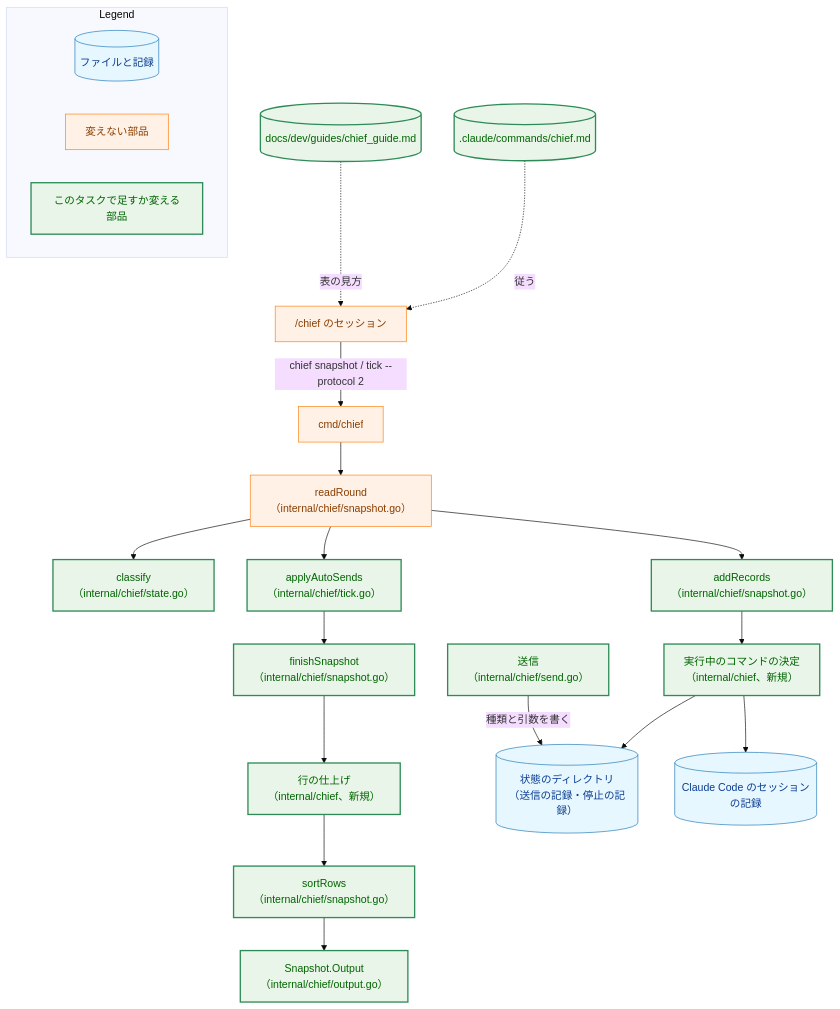
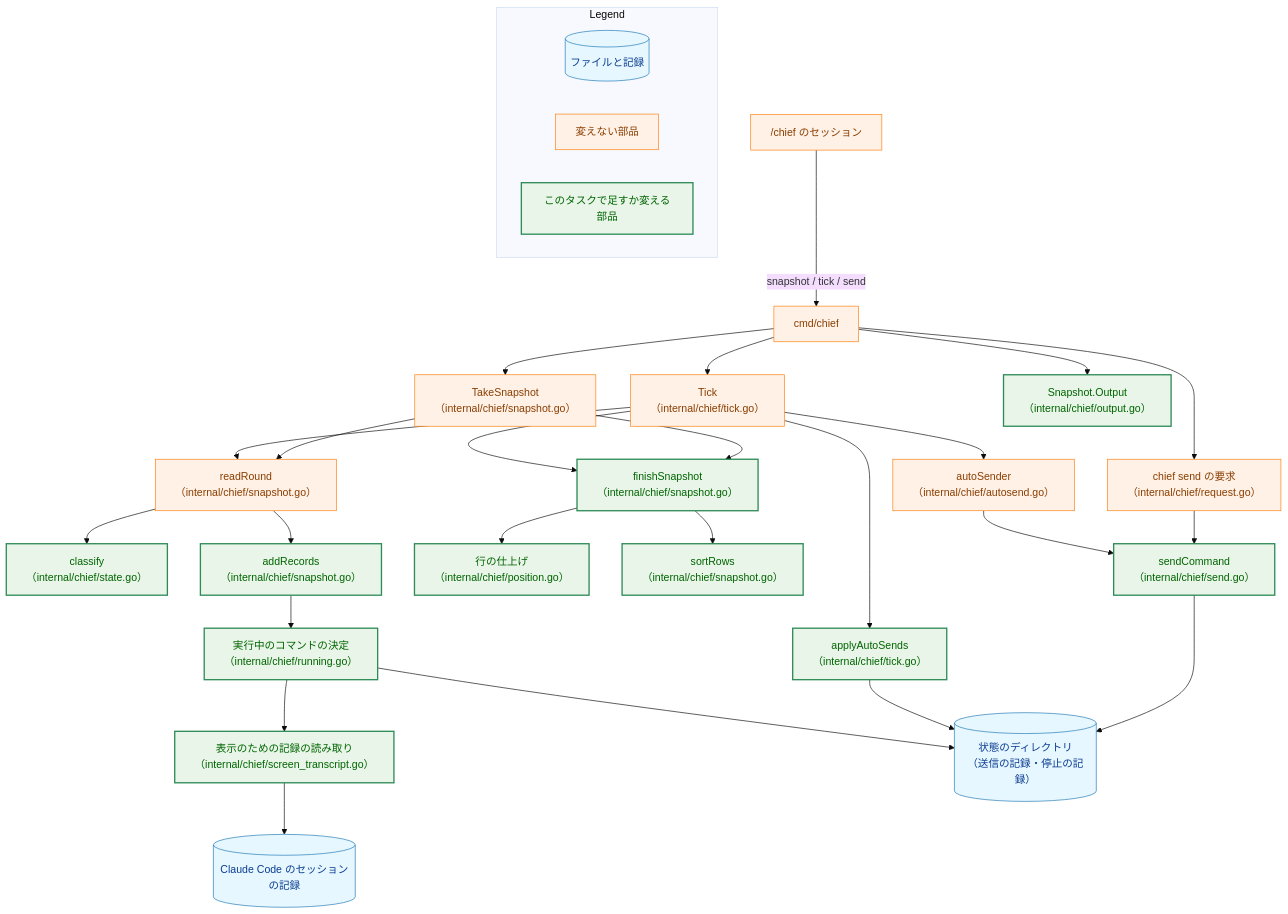
The second of 6 diagrams in docs/tasks/0093_chief_status_sheet/02_architecture.md (isseis/yt2column), drawn with Mermaid (base theme) before and after one commit. The commit also changed other lines of this file and 1 other file, not shown here.

First line of the commit message:
docs(0093): address the architecture review and the Japanese prose pass

````diff
--- a/docs/tasks/0093_chief_status_sheet/02_architecture.md
+++ b/docs/tasks/0093_chief_status_sheet/02_architecture.md
@@ -109,52 +120,63 @@
 ```mermaid
 flowchart TD
     classDef data fill:#e6f7ff,stroke:#1f77b4,stroke-width:1px,color:#0b3d91;
     classDef process fill:#fff1e6,stroke:#ff7f0e,stroke-width:1px,color:#8a3e00;
     classDef enhanced fill:#e8f5e8,stroke:#2e8b57,stroke-width:2px,color:#006400;
 
     SESSION["/chief のセッション"]
-    DEF[(".claude/commands/chief.md")]
-    GUIDE[("docs/dev/guides/chief_guide.md")]
     CMD["cmd/chief"]
+    TICK["Tick<br>（internal/chief/tick.go）"]
+    TAKE["TakeSnapshot<br>（internal/chief/snapshot.go）"]
     ROUND["readRound<br>（internal/chief/snapshot.go）"]
     CLASSIFY["classify<br>（internal/chief/state.go）"]
     RECS["addRecords<br>（internal/chief/snapshot.go）"]
-    RUNNING["実行中のコマンドの決定<br>（internal/chief、新規）"]
-    AUTO["applyAutoSends<br>（internal/chief/tick.go）"]
+    RUNNING["実行中のコマンドの決定<br>（internal/chief/running.go）"]
+    TRREAD["表示のための記録の読み取り<br>（internal/chief/screen_transcript.go）"]
+    AUTOS["autoSender<br>（internal/chief/autosend.go）"]
+    APPLY["applyAutoSends<br>（internal/chief/tick.go）"]
     FINISH["finishSnapshot<br>（internal/chief/snapshot.go）"]
-    MARKROW["行の仕上げ<br>（internal/chief、新規）"]
+    MARKROW["行の仕上げ<br>（internal/chief/position.go）"]
     SORT["sortRows<br>（internal/chief/snapshot.go）"]
     OUT["Snapshot.Output<br>（internal/chief/output.go）"]
+    SENDREQ["chief send の要求<br>（internal/chief/request.go）"]
+    SEND["sendCommand<br>（internal/chief/send.go）"]
     STORE[("状態のディレクトリ<br>（送信の記録・停止の記録）")]
     TRANS[("Claude Code のセッションの記録")]
-    SEND["送信<br>（internal/chief/send.go）"]
 
-    SESSION -->|"chief snapshot / tick --protocol 2"| CMD
-    DEF -.->|"従う"| SESSION
-    GUIDE -.->|"表の見方"| SESSION
-    CMD --> ROUND
+    SESSION -->|"snapshot / tick / send"| CMD
+    CMD --> TICK
+    CMD --> TAKE
+    CMD --> SENDREQ
+    TICK --> ROUND
+    TAKE --> ROUND
     ROUND --> CLASSIFY
     ROUND --> RECS
     RECS --> RUNNING
     RUNNING --> STORE
-    RUNNING --> TRANS
-    ROUND --> AUTO
-    AUTO --> FINISH
+    RUNNING --> TRREAD
+    TRREAD --> TRANS
+    TICK --> AUTOS
+    TICK --> APPLY
+    APPLY --> STORE
+    TICK --> FINISH
+    TAKE --> FINISH
     FINISH --> MARKROW
-    MARKROW --> SORT
-    SORT --> OUT
-    SEND -->|"種類と引数を書く"| STORE
+    FINISH --> SORT
+    CMD --> OUT
+    AUTOS --> SEND
+    SENDREQ --> SEND
+    SEND --> STORE
 
-    class DEF,GUIDE,STORE,TRANS data
-    class SESSION,CMD,ROUND process
-    class CLASSIFY,RECS,RUNNING,AUTO,FINISH,MARKROW,SORT,OUT,SEND,DEF,GUIDE enhanced
+    class STORE,TRANS data
+    class SESSION,CMD,TICK,TAKE,ROUND,AUTOS,SENDREQ process
+    class CLASSIFY,RECS,RUNNING,TRREAD,APPLY,FINISH,MARKROW,SORT,OUT,SEND enhanced
 
     subgraph Legend["Legend"]
         L1[("ファイルと記録")]
         L2["変えない部品"]
         L3["このタスクで足すか変える部品"]
     end
     class L1 data
     class L2 process
     class L3 enhanced
 ```
````
